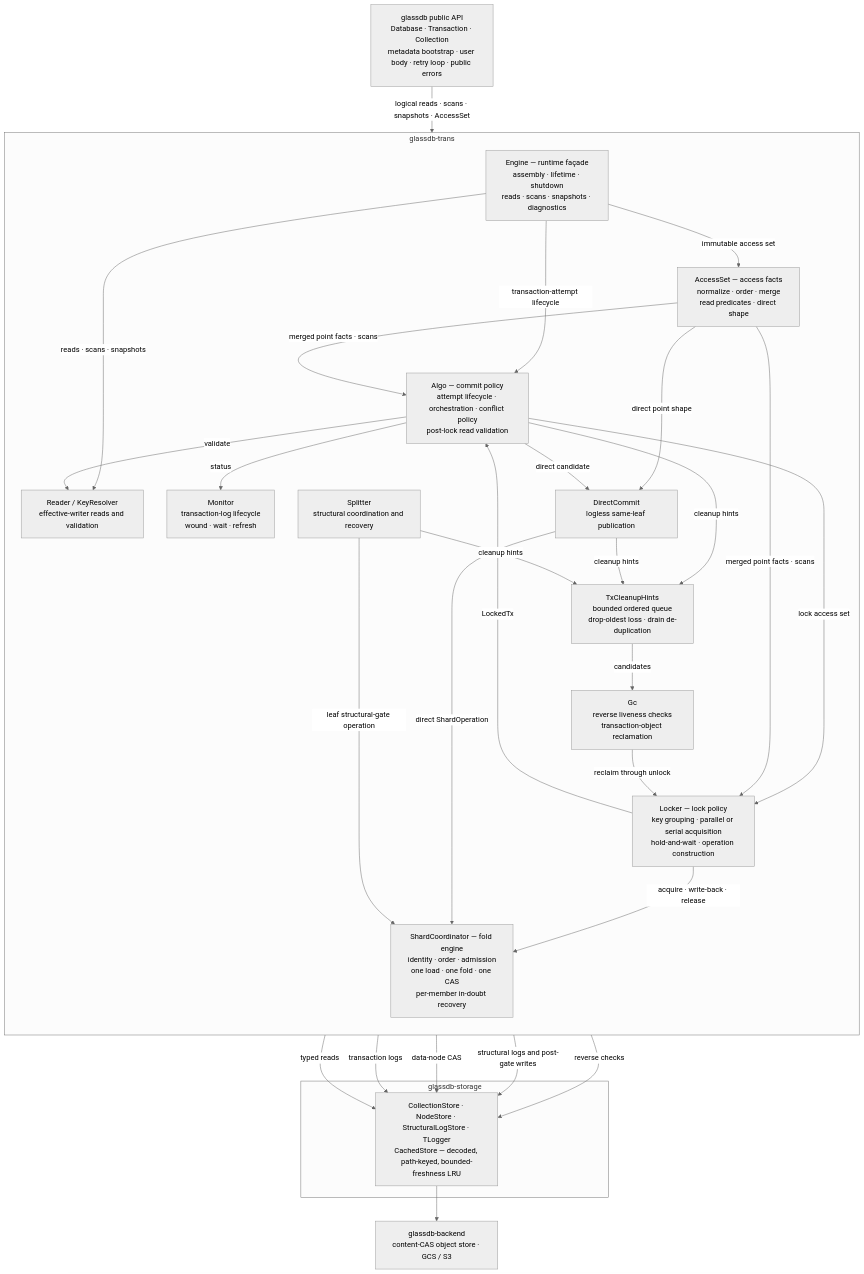
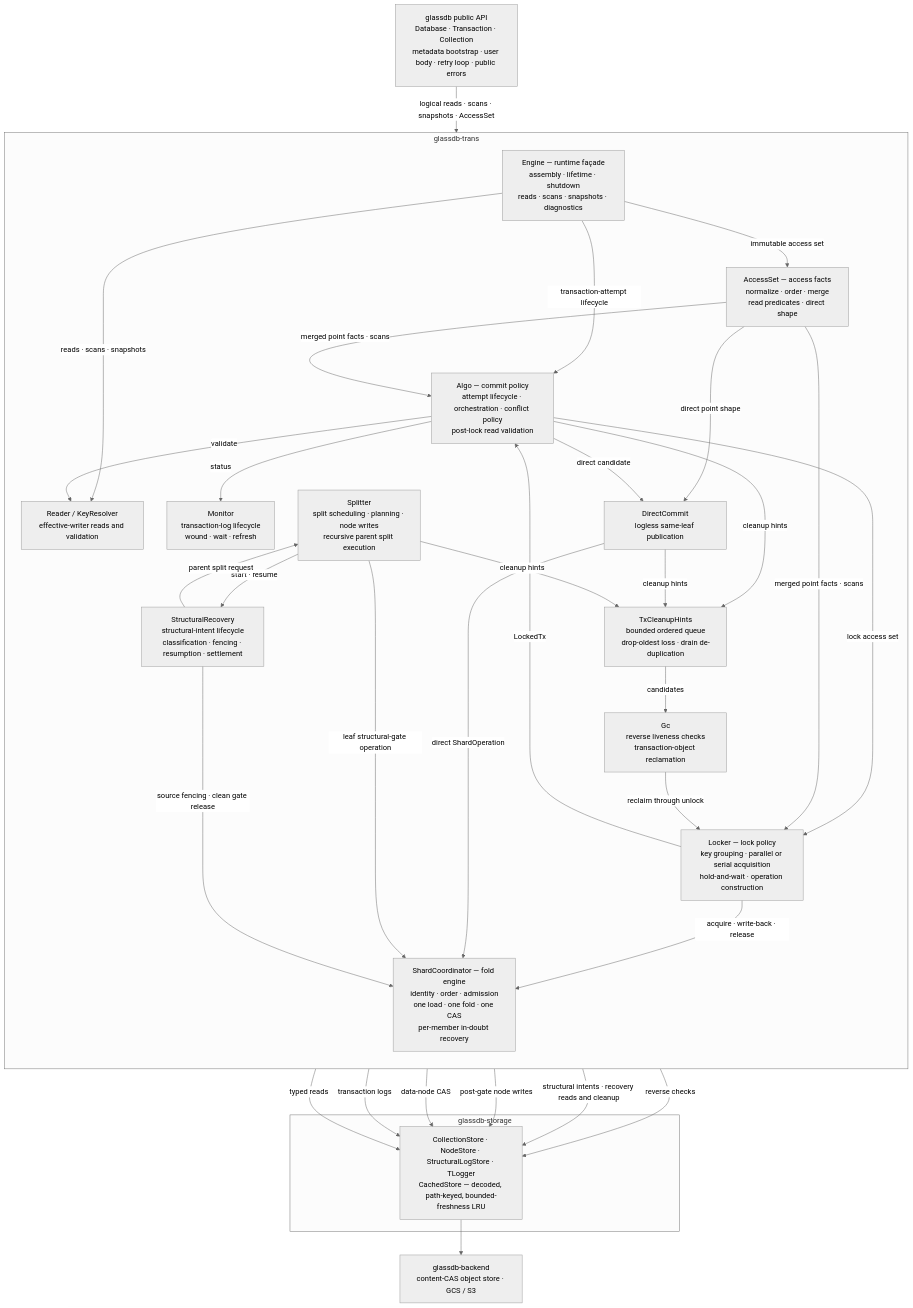
The first of 2 diagrams in docs/architecture.md (mbrt/glassdb-rs), drawn with Mermaid (neutral theme) before and after one commit. The commit also changed other lines of this file and 4 other files, not shown here.

Commit message:
refactor(split): Encapsulate structural-intent lifecycle in recovery.rs

````diff
--- a/docs/architecture.md
+++ b/docs/architecture.md
@@ -148,53 +148,58 @@
 ```mermaid
 flowchart TD
   API["glassdb public API<br/>Database · Transaction · Collection<br/>metadata bootstrap · user body · retry loop · public errors"]
 
   subgraph TRANS["glassdb-trans"]
     direction TB
     Engine["Engine — runtime façade<br/>assembly · lifetime · shutdown<br/>reads · scans · snapshots · diagnostics"]
     Accesses["AccessSet — access facts<br/>normalize · order · merge<br/>read predicates · direct shape"]
     Algo["Algo — commit policy<br/>attempt lifecycle · orchestration · conflict policy<br/>post-lock read validation"]
     Reader["Reader / KeyResolver<br/>effective-writer reads and validation"]
     Locker["Locker — lock policy<br/>key grouping · parallel or serial acquisition<br/>hold-and-wait · operation construction"]
     Direct["DirectCommit<br/>logless same-leaf publication"]
     Monitor["Monitor<br/>transaction-log lifecycle<br/>wound · wait · refresh"]
     Hints["TxCleanupHints<br/>bounded ordered queue<br/>drop-oldest loss · drain de-duplication"]
-    Splitter["Splitter<br/>structural coordination and recovery"]
+    Splitter["Splitter<br/>split scheduling · planning · node writes<br/>recursive parent split execution"]
+    Recovery["StructuralRecovery<br/>structural-intent lifecycle<br/>classification · fencing · resumption · settlement"]
     Coord["ShardCoordinator — fold engine<br/>identity · order · admission<br/>one load · one fold · one CAS<br/>per-member in-doubt recovery"]
     Gc["Gc<br/>reverse liveness checks<br/>transaction-object reclamation"]
 
     Engine -->|"transaction-attempt lifecycle"| Algo
     Engine -->|"immutable access set"| Accesses
     Engine -->|"reads · scans · snapshots"| Reader
     Algo -->|"validate"| Reader
     Algo -->|"lock access set"| Locker
     Locker -->|"LockedTx"| Algo
     Algo -->|"status"| Monitor
     Accesses -->|"merged point facts · scans"| Algo
     Accesses -->|"merged point facts · scans"| Locker
     Accesses -->|"direct point shape"| Direct
     Algo -->|"direct candidate"| Direct
     Algo -->|"cleanup hints"| Hints
     Direct -->|"cleanup hints"| Hints
     Splitter -->|"cleanup hints"| Hints
+    Splitter -->|"start · resume"| Recovery
+    Recovery -->|"parent split request"| Splitter
     Hints -->|"candidates"| Gc
     Locker -->|"acquire · write-back · release"| Coord
     Direct -->|"direct ShardOperation"| Coord
     Splitter -->|"leaf structural-gate operation"| Coord
+    Recovery -->|"source fencing · clean gate release"| Coord
     Gc -->|"reclaim through unlock"| Locker
   end
 
   subgraph STORAGE["glassdb-storage"]
     Stores["CollectionStore · NodeStore · StructuralLogStore · TLogger<br/>CachedStore — decoded, path-keyed, bounded-freshness LRU"]
   end
 
   Backend["glassdb-backend<br/>content-CAS object store · GCS / S3"]
 
   API -->|"logical reads · scans · snapshots · AccessSet"| Engine
   Reader -->|"typed reads"| Stores
   Monitor -->|"transaction logs"| Stores
   Coord -->|"data-node CAS"| Stores
-  Splitter -->|"structural logs and post-gate writes"| Stores
+  Splitter -->|"post-gate node writes"| Stores
+  Recovery -->|"structural intents · recovery reads and cleanup"| Stores
   Gc -->|"reverse checks"| Stores
   Stores --> Backend
 ```
````
